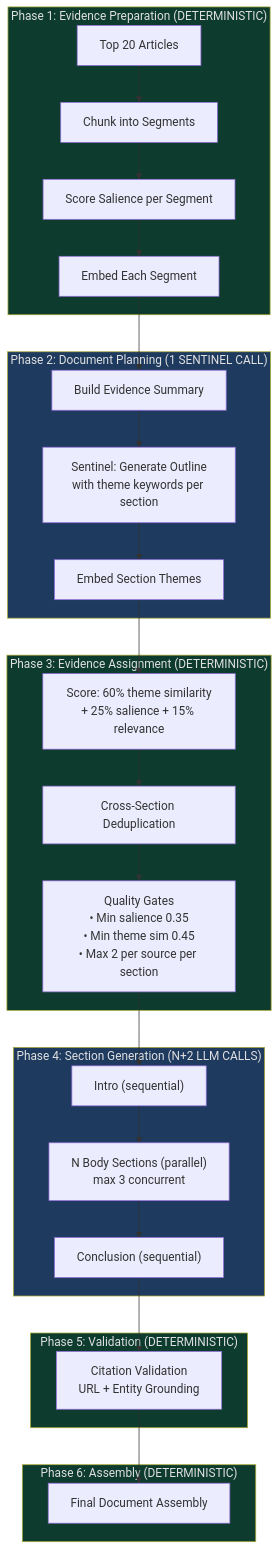
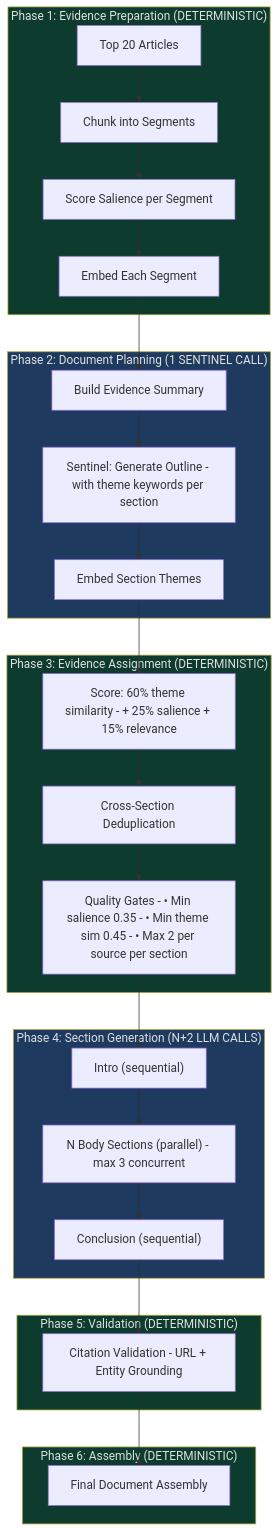
One commit to Shaddix/mostlylucidweb changed the eighth of 10 diagrams in Mostlylucid/Markdown/doomsummarizer-deep-research.md. Above: the diagram before and after it, drawn with Mermaid. The commit also changed other lines of this file and 25 other files, not shown here.

````diff
--- a/Mostlylucid/Markdown/doomsummarizer-deep-research.md
+++ b/Mostlylucid/Markdown/doomsummarizer-deep-research.md
@@ -354,41 +354,41 @@
 ```mermaid
 flowchart TD
     subgraph Phase1["Phase 1: Evidence Preparation (DETERMINISTIC)"]
         Articles[Top 20 Articles] --> Segments[Chunk into Segments]
         Segments --> Salience[Score Salience per Segment]
         Salience --> EmbedSeg[Embed Each Segment]
     end
 
     subgraph Phase2["Phase 2: Document Planning (1 SENTINEL CALL)"]
         EmbedSeg --> Summary[Build Evidence Summary]
-        Summary --> Sentinel["Sentinel: Generate Outline\nwith theme keywords per section"]
+        Summary --> Sentinel["Sentinel: Generate Outline - with theme keywords per section"]
         Sentinel --> EmbedThemes[Embed Section Themes]
     end
 
     subgraph Phase3["Phase 3: Evidence Assignment (DETERMINISTIC)"]
-        EmbedThemes --> Assign["Score: 60% theme similarity\n+ 25% salience + 15% relevance"]
+        EmbedThemes --> Assign["Score: 60% theme similarity - + 25% salience + 15% relevance"]
         Assign --> Dedup[Cross-Section Deduplication]
-        Dedup --> Gate["Quality Gates\n• Min salience 0.35\n• Min theme sim 0.45\n• Max 2 per source per section"]
+        Dedup --> Gate["Quality Gates - • Min salience 0.35 - • Min theme sim 0.45 - • Max 2 per source per section"]
     end
 
     subgraph Phase4["Phase 4: Section Generation (N+2 LLM CALLS)"]
         Gate --> Intro["Intro (sequential)"]
-        Intro --> Body["N Body Sections (parallel)\nmax 3 concurrent"]
+        Intro --> Body["N Body Sections (parallel) - max 3 concurrent"]
         Body --> Conclusion["Conclusion (sequential)"]
     end
 
     subgraph Phase5["Phase 5: Validation (DETERMINISTIC)"]
-        Conclusion --> Validate[Citation Validation\nURL + Entity Grounding]
+        Conclusion --> Validate[Citation Validation - URL + Entity Grounding]
     end
 
     subgraph Phase6["Phase 6: Assembly (DETERMINISTIC)"]
         Validate --> Assemble[Final Document Assembly]
     end
 
     style Phase1 fill:#0d3b2e,color:#e0e0e0
     style Phase2 fill:#1e3a5f,color:#e0e0e0
     style Phase3 fill:#0d3b2e,color:#e0e0e0
     style Phase4 fill:#1e3a5f,color:#e0e0e0
     style Phase5 fill:#0d3b2e,color:#e0e0e0
     style Phase6 fill:#0d3b2e,color:#e0e0e0
 ```
````
